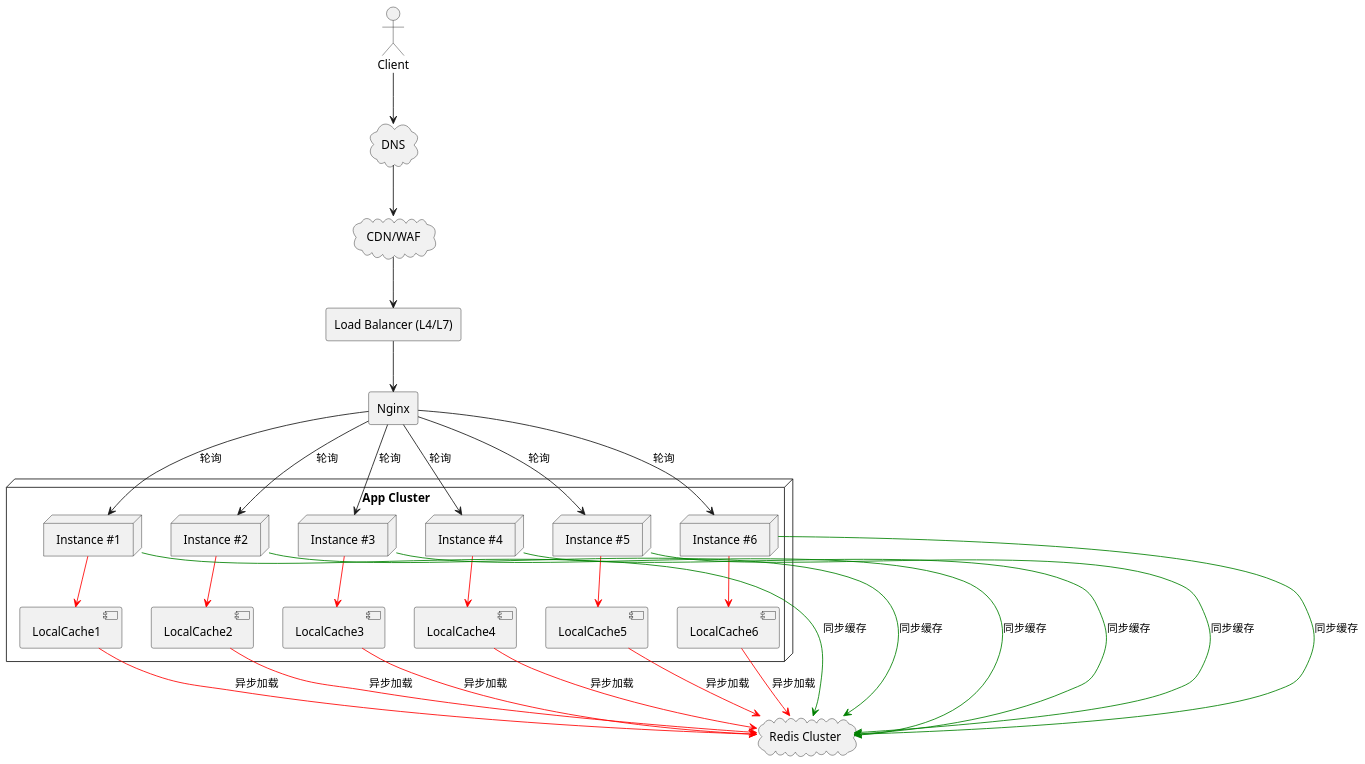
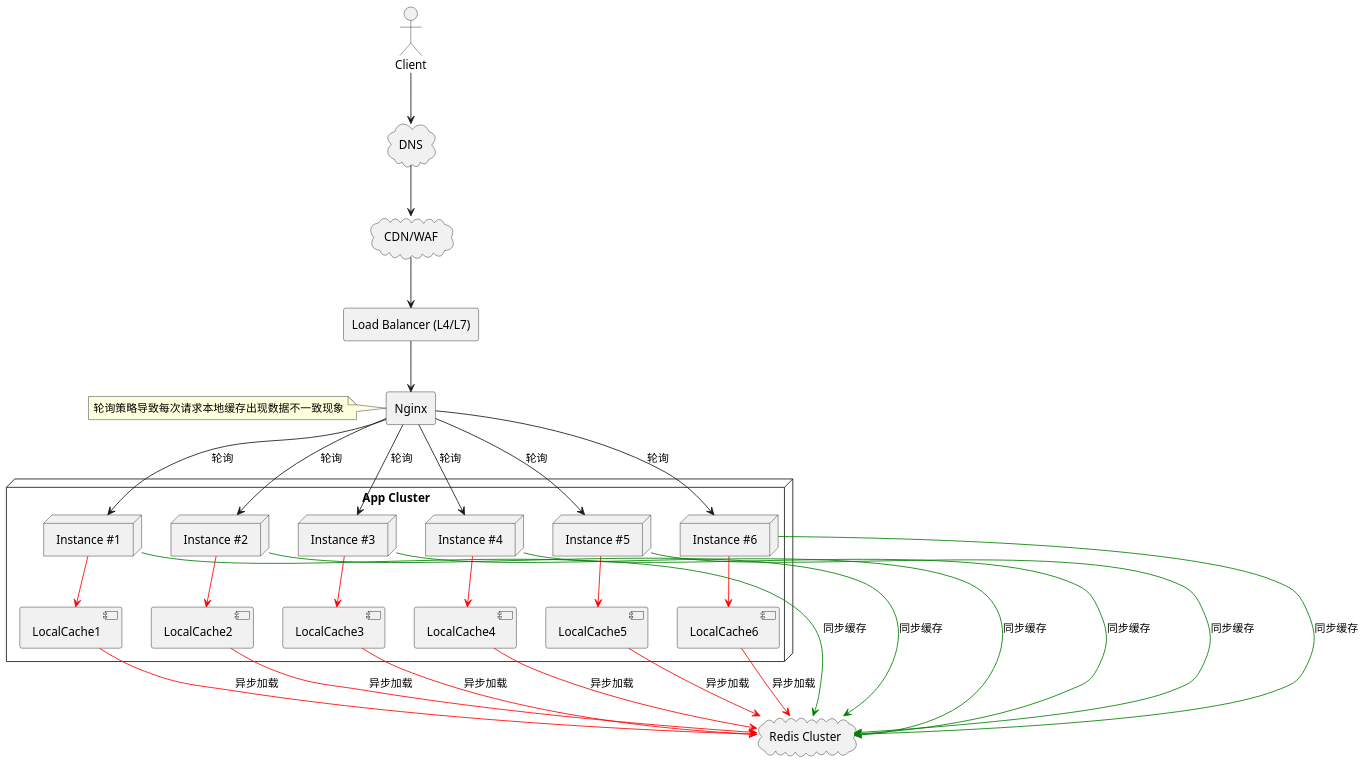
One commit to jdktomcater/java-showcase changed the diagram in showcase-design/业务/问题/财务前台登录异常问题分析/财务前台多节点服务架构图.puml. Above: the diagram before and after it, drawn with PlantUML. The commit also changed 1 other file, not shown here.

```diff
--- a/showcase-design/业务/问题/财务前台登录异常问题分析/财务前台多节点服务架构图.puml
+++ b/showcase-design/业务/问题/财务前台登录异常问题分析/财务前台多节点服务架构图.puml
@@ -1,59 +1,63 @@
 @startuml
 skinparam dpi 120
 actor Client
 cloud DNS
 cloud CDN_WAF as "CDN/WAF"
 rectangle LB as "Load Balancer (L4/L7)"
 rectangle Nginx as "Nginx"
 
 node "App Cluster" {
   node "Instance #1" as S1
   node "Instance #2" as S2
   node "Instance #3" as S3
   node "Instance #4" as S4
   node "Instance #5" as S5
   node "Instance #6" as S6
 
   component "LocalCache1" as lc1
   component "LocalCache2" as lc2
   component "LocalCache3" as lc3
   component "LocalCache4" as lc4
   component "LocalCache5" as lc5
   component "LocalCache6" as lc6
 
   S1 -[#Red]-> lc1
   S2 -[#Red]-> lc2
   S3 -[#Red]-> lc3
   S4 -[#Red]-> lc4
   S5 -[#Red]-> lc5
   S6 -[#Red]-> lc6
 }
 cloud REDIS as "Redis Cluster"
 
 Client --> DNS
 DNS --> CDN_WAF
 CDN_WAF --> LB
 LB --> Nginx
 
+note left of Nginx
+  轮询策略导致每次请求本地缓存出现数据不一致现象
+end note
+
 Nginx --> S1:轮询
 Nginx --> S2:轮询
 Nginx --> S3:轮询
 Nginx --> S4:轮询
 Nginx --> S5:轮询
 Nginx --> S6:轮询
 
 S1 -[#Green]-> REDIS:同步缓存
 S2 -[#Green]-> REDIS:同步缓存
 S3 -[#Green]-> REDIS:同步缓存
 S4 -[#Green]-> REDIS:同步缓存
 S5 -[#Green]-> REDIS:同步缓存
 S6 -[#Green]-> REDIS:同步缓存
 
 lc1 -[#Red]-> REDIS:异步加载
 lc2 -[#Red]-> REDIS:异步加载
 lc3 -[#Red]-> REDIS:异步加载
 lc4 -[#Red]-> REDIS:异步加载
 lc5 -[#Red]-> REDIS:异步加载
 lc6 -[#Red]-> REDIS:异步加载
 
 @enduml
```
